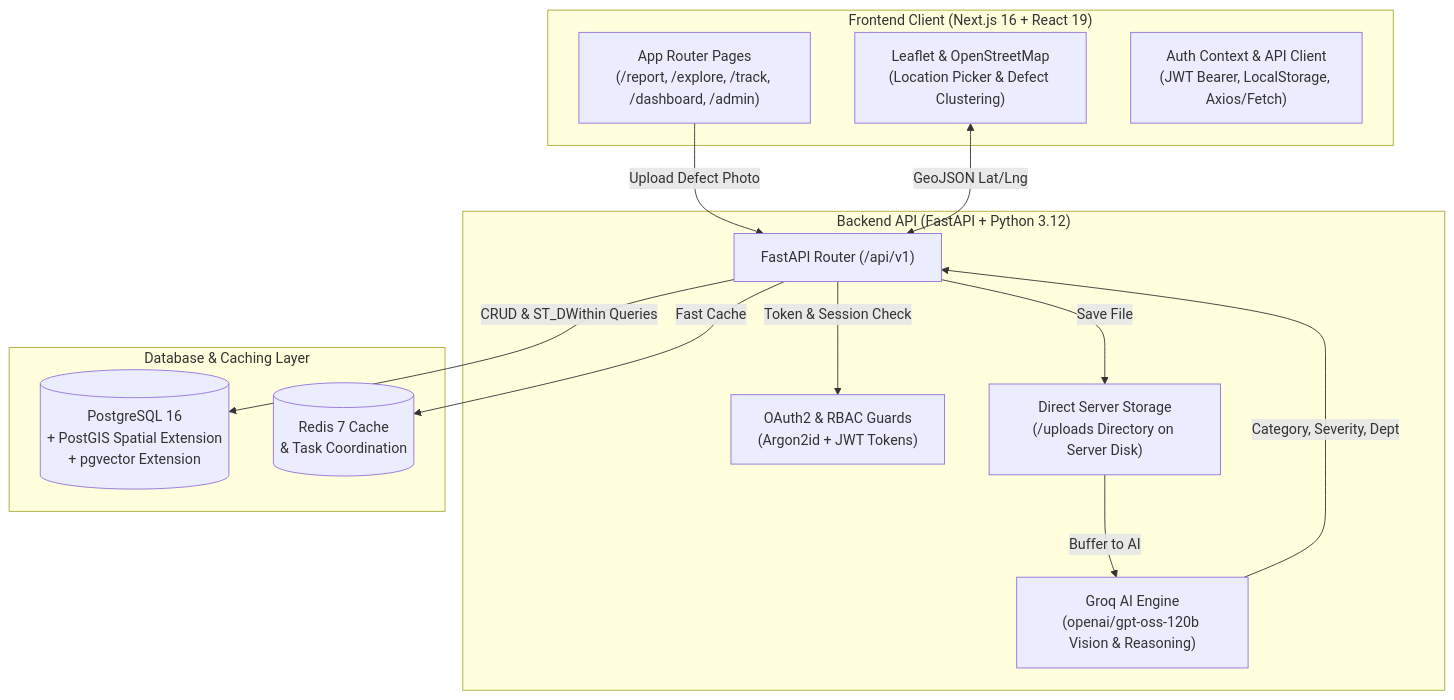
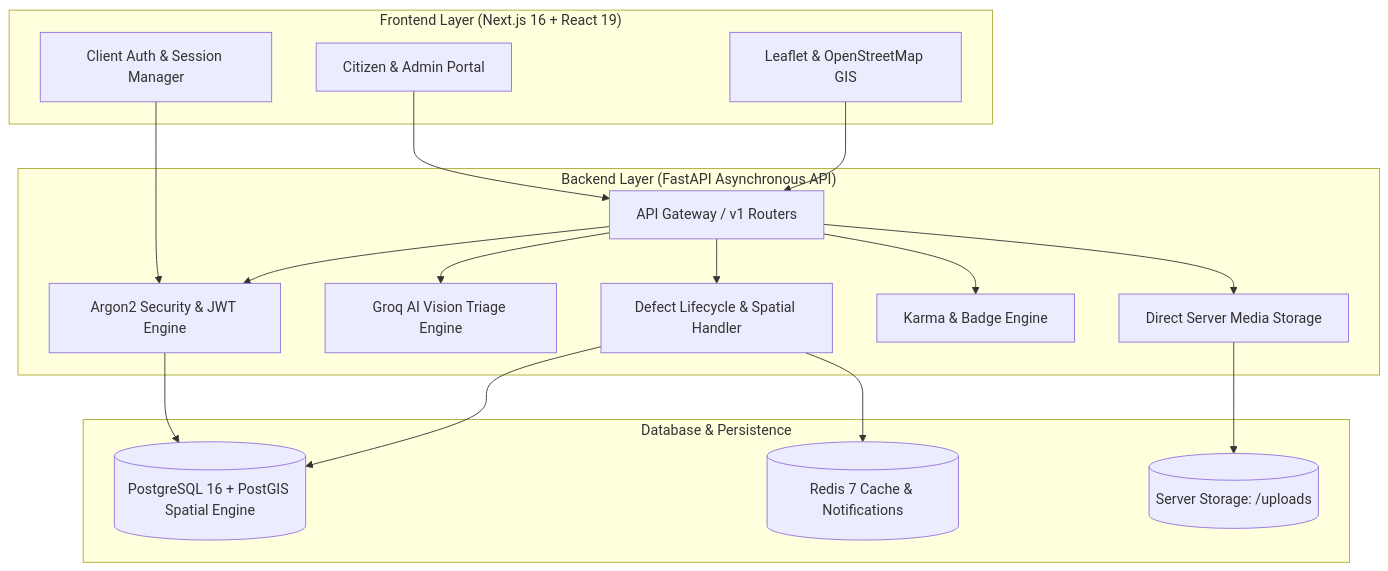
The diagram in README.md (AbhishekReddy12-programmer/Fixora-An-AI-Powered-Hyperlocal-Community-Issue-Reporting-And-resolution-Platform), drawn with Mermaid before and after one commit. The commit also changed other lines of this file, not shown here.

````diff
--- a/README.md
+++ b/README.md
@@ -88,29 +69,38 @@
 ```mermaid
-flowchart TD
-    subgraph Client["Frontend Client (Next.js 16 + React 19)"]
-        UI["App Router Pages\n(/report, /explore, /track, /dashboard, /admin)"]
-        MapComp["Leaflet & OpenStreetMap\n(Location Picker & Defect Clustering)"]
-        AuthContext["Auth Context & API Client\n(JWT Bearer, LocalStorage, Axios/Fetch)"]
+graph TD
+    subgraph Frontend ["Frontend Layer (Next.js 16 + React 19)"]
+        UI[Citizen & Admin Portal]
+        LeafletMap[Leaflet & OpenStreetMap GIS]
+        AuthContext[Client Auth & Session Manager]
     end
 
-    subgraph Server["Backend API (FastAPI + Python 3.12)"]
-        Router["FastAPI Router (/api/v1)"]
-        AuthDep["OAuth2 & RBAC Guards\n(Argon2id + JWT Tokens)"]
-        StorageSvc["Direct Server Storage\n(/uploads Directory on Server Disk)"]
-        AISvc["Groq AI Engine\n(openai/gpt-oss-120b Vision & Reasoning)"]
+    subgraph Backend ["Backend Layer (FastAPI Asynchronous API)"]
+        Router[API Gateway / v1 Routers]
+        AuthService[Argon2 Security & JWT Engine]
+        GroqService[Groq AI Vision Triage Engine]
+        IssueService[Defect Lifecycle & Spatial Handler]
+        GamifyService[Karma & Badge Engine]
+        StorageService[Direct Server Media Storage]
     end
 
-    subgraph Data["Database & Caching Layer"]
-        Postgres[("PostgreSQL 16\n+ PostGIS Spatial Extension\n+ pgvector Extension")]
-        Redis[("Redis 7 Cache\n& Task Coordination")]
+    subgraph DataStore ["Database & Persistence"]
+        PG[(PostgreSQL 16 + PostGIS Spatial Engine)]
+        RedisCache[(Redis 7 Cache & Notifications)]
+        DiskStore[(Server Storage: /uploads)]
     end
 
-    UI -->|Upload Defect Photo| Router
-    Router -->|Save File| StorageSvc
-    StorageSvc -->|Buffer to AI| AISvc
-    AISvc -->|Category, Severity, Dept| Router
-    Router -->|CRUD & ST_DWithin Queries| Postgres
-    Router -->|Token & Session Check| AuthDep
-    Router -->|Fast Cache| Redis
-    MapComp <-->|GeoJSON Lat/Lng| Router
+    UI --> Router
+    LeafletMap --> Router
+    AuthContext --> AuthService
+
+    Router --> AuthService
+    Router --> GroqService
+    Router --> IssueService
+    Router --> GamifyService
+    Router --> StorageService
+
+    AuthService --> PG
+    IssueService --> PG
+    IssueService --> RedisCache
+    StorageService --> DiskStore
 ```
````
